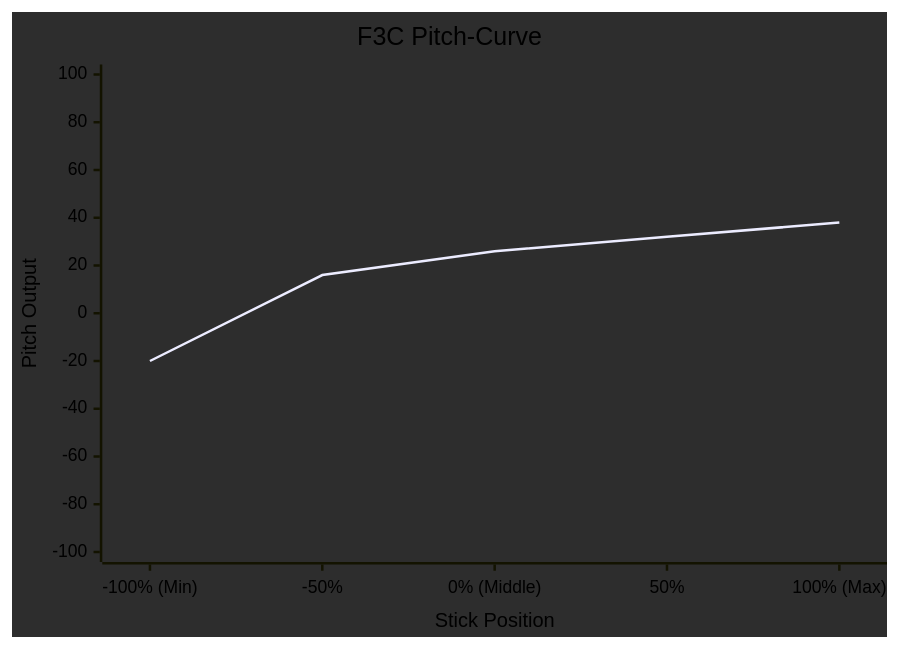
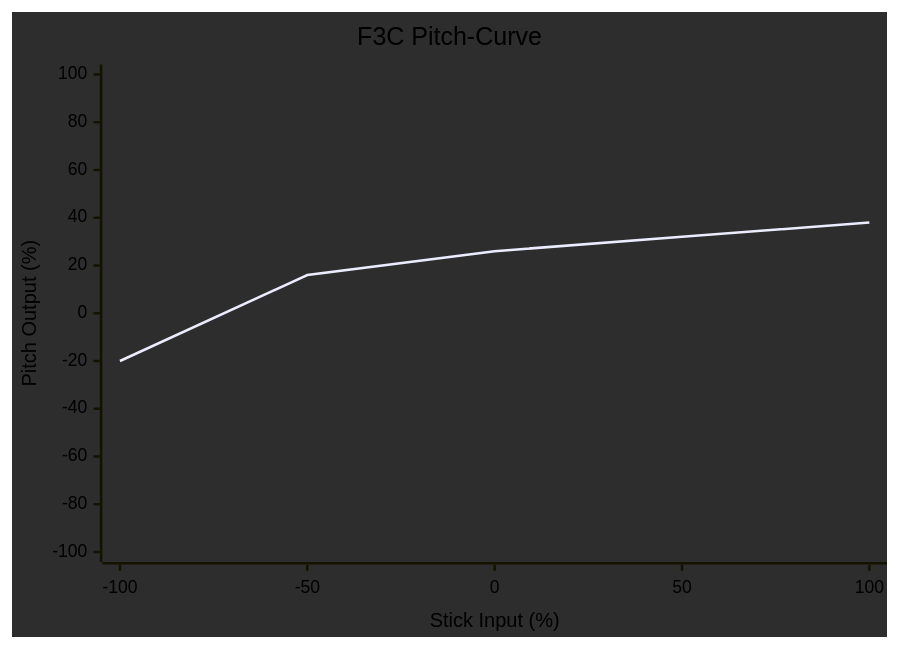
The third of 3 diagrams in README.md (heliflieger/EdgeTX-Rotorflight-Telemetry), drawn with Mermaid before and after one commit. The commit also changed other lines of this file and 31 other files, not shown here.

````diff
--- a/README.md
+++ b/README.md
@@ -212,20 +213,22 @@
 ```mermaid
 ---
 config:
     theme: base
     themeVariables:
         xyChart:
             backgroundColor: "#2d2d2d"
             titleColor: "#000000"
             xAxisLabelColor: "#000000"
             xAxisTitleColor: "#000000"
             yAxisLabelColor: "#000000"
             yAxisTitleColor: "#000000"
             lineColor: "#ff0000"
 ---
 xychart-beta
     title "F3C Pitch-Curve"
     x-axis "Stick Position" ["-100% (Min)", "-50%", "0% (Middle)", "50%", "100% (Max)"]
     y-axis "Pitch Output" -100 --> 100
+    x-axis "Stick Input (%)" ["-100", "-50", "0", "50", "100"]
+    y-axis "Pitch Output (%)" -100 --> 100
     line [-20, 16, 26, 32, 38]
 ```
````
